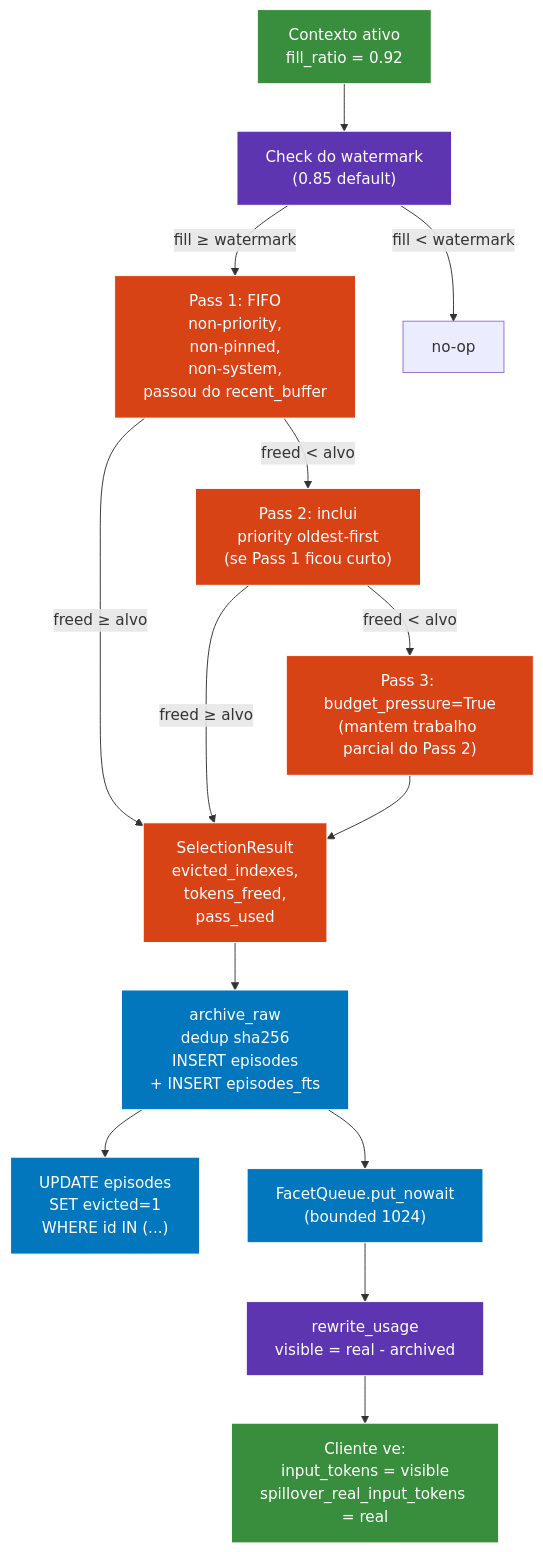
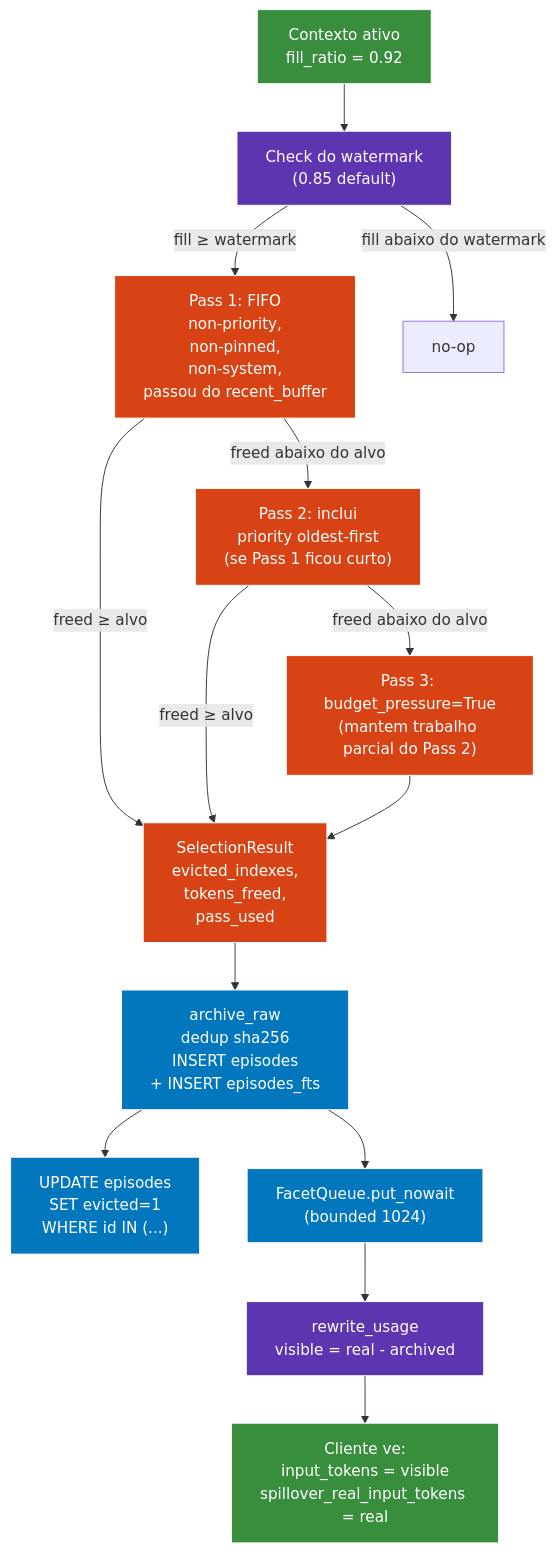
One commit to Luizhcrs/spillover changed the diagram in docs/architecture/06-eviction-flow.md. Above: the diagram before and after it, drawn with Mermaid. The commit also changed 8 other files, not shown here.

Commit message:
docs(architecture): corrigir syntax errors do mermaid (remover <b>, &lt;/&gt;, colons em labels)

````diff
--- a/docs/architecture/06-eviction-flow.md
+++ b/docs/architecture/06-eviction-flow.md
@@ -5,33 +5,33 @@
 ```mermaid
 flowchart TB
     classDef active fill:#388e3c,stroke:#fff,color:#fff
     classDef ext fill:#5e35b1,stroke:#fff,color:#fff
     classDef tx fill:#d84315,stroke:#fff,color:#fff
     classDef store fill:#0277bd,stroke:#fff,color:#fff
 
     A["Contexto ativo<br/>fill_ratio = 0.92"]:::active
     W["Check do watermark<br/>(0.85 default)"]:::ext
     P1["Pass 1: FIFO<br/>non-priority,<br/>non-pinned,<br/>non-system,<br/>passou do recent_buffer"]:::tx
     P2["Pass 2: inclui<br/>priority oldest-first<br/>(se Pass 1 ficou curto)"]:::tx
     P3["Pass 3: budget_pressure=True<br/>(mantem trabalho parcial do Pass 2)"]:::tx
     SR["SelectionResult<br/>evicted_indexes,<br/>tokens_freed,<br/>pass_used"]:::tx
     AR["archive_raw<br/>dedup sha256<br/>INSERT episodes<br/>+ INSERT episodes_fts"]:::store
     UP["UPDATE episodes<br/>SET evicted=1<br/>WHERE id IN (...)"]:::store
     Q["FacetQueue.put_nowait<br/>(bounded 1024)"]:::store
     UR["rewrite_usage<br/>visible = real - archived"]:::ext
     C["Cliente ve:<br/>input_tokens = visible<br/>spillover_real_input_tokens = real"]:::active
 
     A --> W
     W -->|fill ≥ watermark| P1
-    W -->|fill &lt; watermark| Skip[no-op]
+    W -->|fill abaixo do watermark| Skip[no-op]
     P1 -->|freed ≥ alvo| SR
-    P1 -->|freed &lt; alvo| P2
+    P1 -->|freed abaixo do alvo| P2
     P2 -->|freed ≥ alvo| SR
-    P2 -->|freed &lt; alvo| P3
+    P2 -->|freed abaixo do alvo| P3
     P3 --> SR
     SR --> AR
     AR --> UP
     AR --> Q
     Q --> UR
     UR --> C
 ```
````
